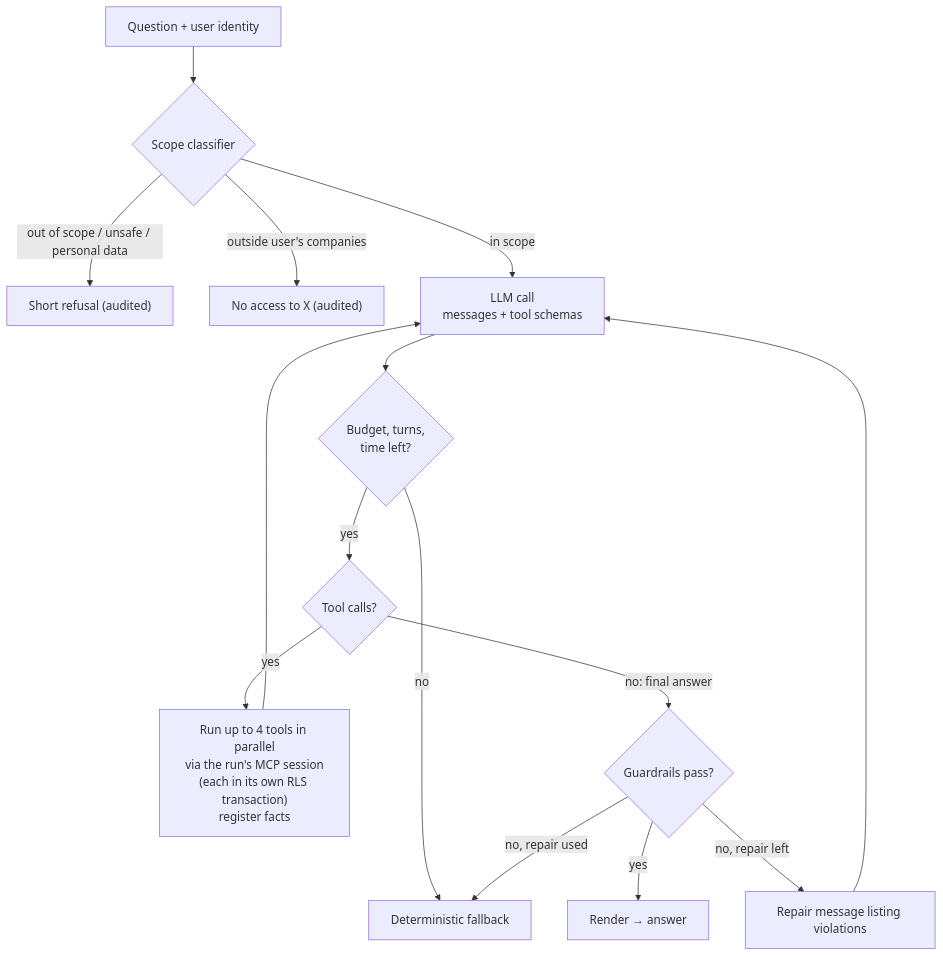
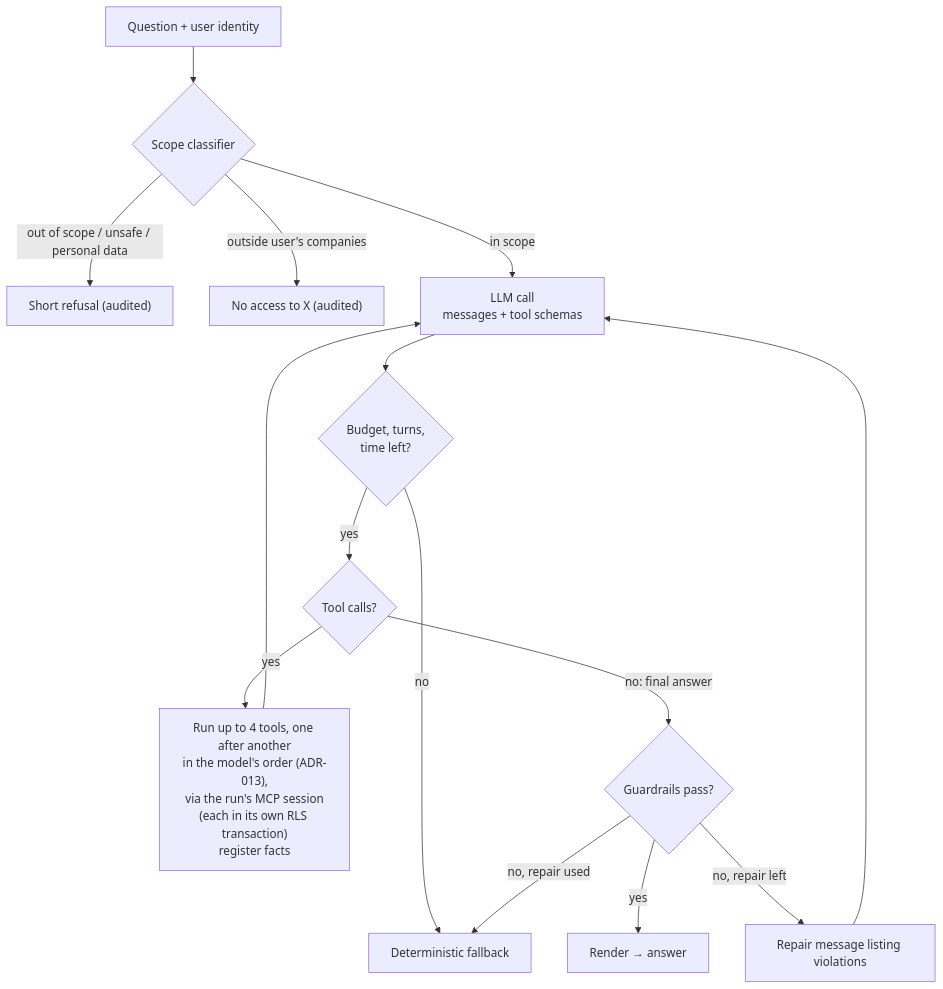
One commit to albertngx/variance-copilot changed the first of 9 diagrams in design-docs/05-agent.md. Above: the diagram before and after it, drawn with Mermaid. The commit also changed other lines of this file and 21 other files, not shown here.

````diff
--- a/design-docs/05-agent.md
+++ b/design-docs/05-agent.md
@@ -16,16 +16,16 @@
 ```mermaid
 flowchart TD
   START["Question + user identity"] --> SC{"Scope classifier"}
   SC -- "out of scope / unsafe / personal data" --> REF["Short refusal (audited)"]
   SC -- "outside user's companies" --> DEN["No access to X (audited)"]
   SC -- "in scope" --> LLM["LLM call<br/>messages + tool schemas"]
   LLM --> BUD{"Budget, turns,<br/>time left?"}
   BUD -- no --> FB["Deterministic fallback"]
   BUD -- yes --> TC{"Tool calls?"}
-  TC -- yes --> EXE["Run up to 4 tools in parallel<br/>via the run's MCP session<br/>(each in its own RLS transaction)<br/>register facts"]
+  TC -- yes --> EXE["Run up to 4 tools, one after another<br/>in the model's order (ADR-013),<br/>via the run's MCP session<br/>(each in its own RLS transaction)<br/>register facts"]
   EXE --> LLM
   TC -- "no: final answer" --> VAL{"Guardrails pass?"}
   VAL -- yes --> REN["Render → answer"]
   VAL -- "no, repair left" --> REP["Repair message listing violations"] --> LLM
   VAL -- "no, repair used" --> FB
 ```
````
